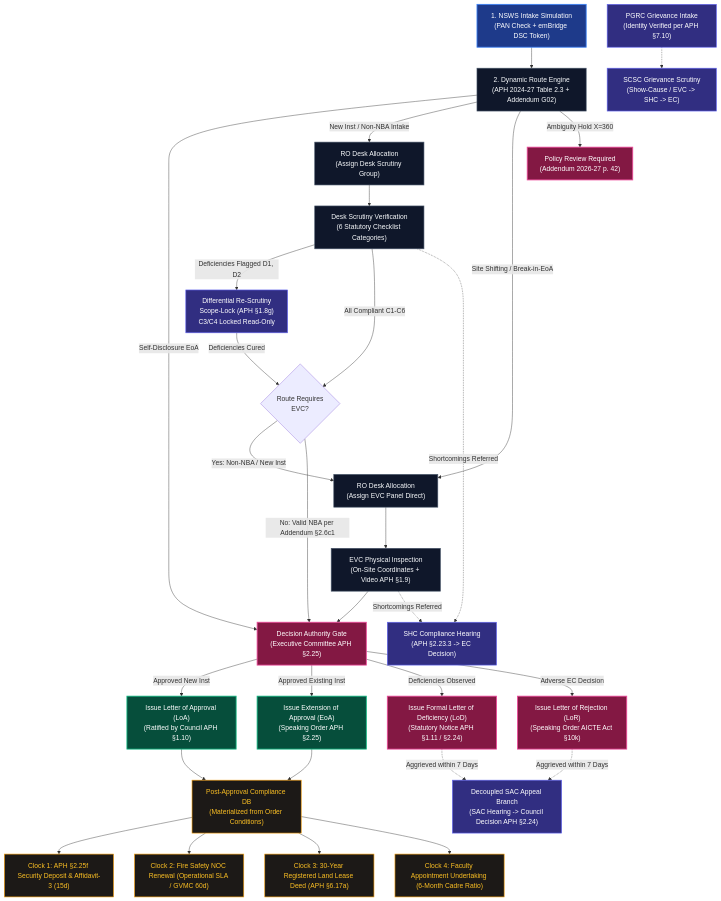
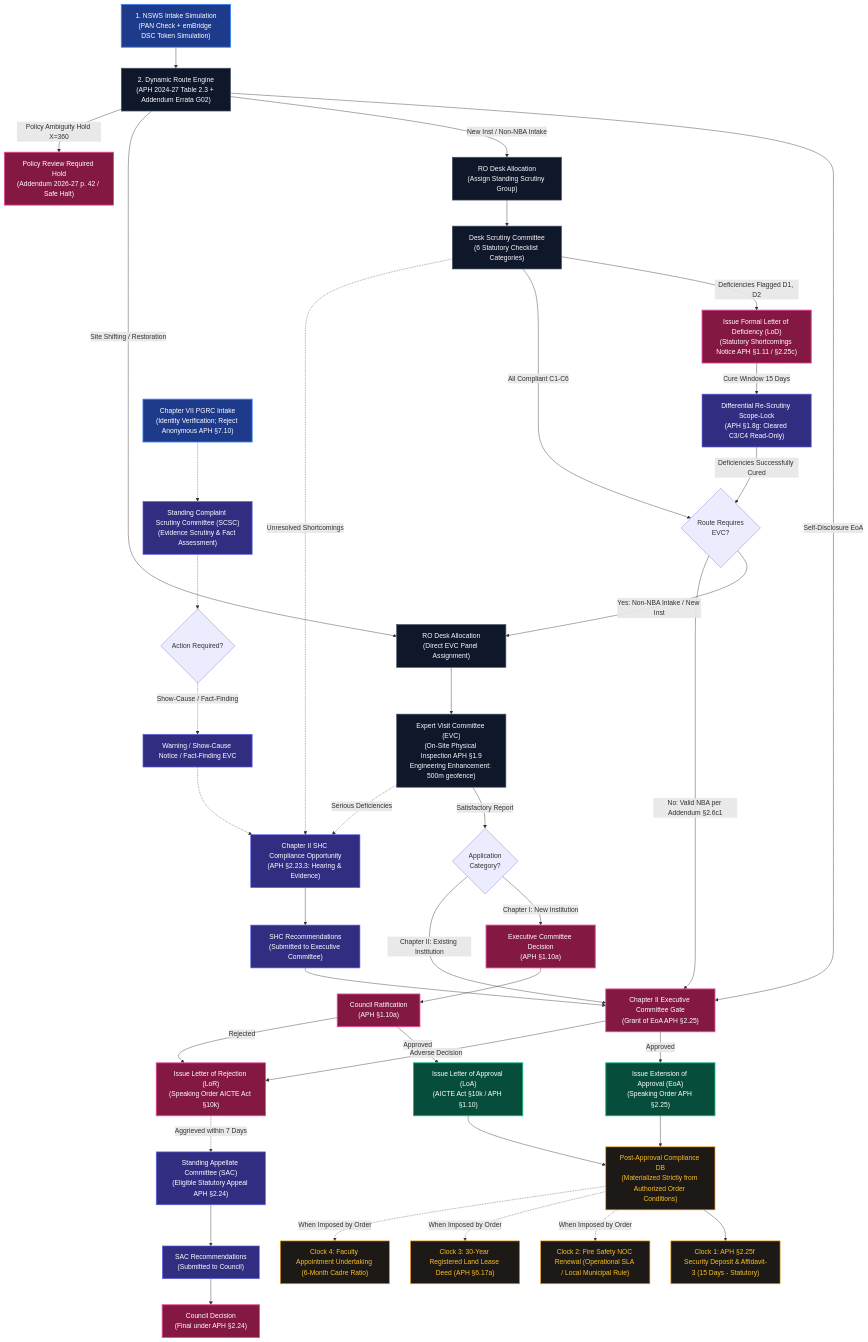
One commit to Parth-Chavan-15/SIH-2026-AICTE changed the diagram in README.md. Above: the diagram before and after it, drawn with Mermaid. The commit also changed other lines of this file and 3 other files, not shown here.

Commit message:
fix(decision-docs): enforce canonical recorded decision precondition, outcome alignment, and HMAC-SHA256 integrity verification

````diff
--- a/README.md
+++ b/README.md
@@ -35,45 +35,62 @@
 ```mermaid
 flowchart TD
     classDef startNode fill:#1e3a8a,stroke:#3b82f6,stroke-width:2px,color:#fff;
     classDef processNode fill:#0f172a,stroke:#475569,stroke-width:1.5px,color:#f8fafc;
     classDef branch fill:#312e81,stroke:#6366f1,stroke-width:1.5px,color:#fff;
     classDef decisionNode fill:#831843,stroke:#ec4899,stroke-width:2px,color:#fff;
     classDef docNode fill:#064e3b,stroke:#10b981,stroke-width:2px,color:#fff;
     classDef auditNode fill:#1c1917,stroke:#f59e0b,stroke-width:1.5px,color:#fbbf24;
 
-    A["1. NSWS Intake Simulation<br/>(PAN Check + emBridge DSC Token)"]:::startNode --> B["2. Dynamic Route Engine<br/>(APH 2024-27 Table 2.3 + Addendum G02)"]:::processNode
+    A["1. NSWS Intake Simulation<br/>(PAN Check + emBridge DSC Token Simulation)"]:::startNode --> B["2. Dynamic Route Engine<br/>(APH 2024-27 Table 2.3 + Addendum Errata G02)"]:::processNode
     
-    B -->|Self-Disclosure EoA| G["Decision Authority Gate<br/>(Executive Committee APH §2.25)"]:::decisionNode
-    B -->|New Inst / Non-NBA Intake| C["RO Desk Allocation<br/>(Assign Desk Scrutiny Group)"]:::processNode
-    B -->|Site Shifting / Break-in-EoA| E["RO Desk Allocation<br/>(Assign EVC Panel Direct)"]:::processNode
-    B -->|Ambiguity Hold X=360| BH["Policy Review Required<br/>(Addendum 2026-27 p. 42)"]:::decisionNode
+    B -->|Self-Disclosure EoA| G_EC["Chapter II Executive Committee Gate<br/>(Grant of EoA APH §2.25)"]:::decisionNode
+    B -->|New Inst / Non-NBA Intake| C["RO Desk Allocation<br/>(Assign Standing Scrutiny Group)"]:::processNode
+    B -->|Site Shifting / Restoration| E["RO Desk Allocation<br/>(Direct EVC Panel Assignment)"]:::processNode
+    B -->|Policy Ambiguity Hold X=360| BH["Policy Review Required Hold<br/>(Addendum 2026-27 p. 42 / Safe Halt)"]:::decisionNode
 
-    C --> D["Desk Scrutiny Verification<br/>(6 Statutory Checklist Categories)"]:::processNode
-    D -->|Deficiencies Flagged D1, D2| D1["Differential Re-Scrutiny<br/>Scope-Lock (APH §1.8g)<br/>C3/C4 Locked Read-Only"]:::branch
-    D1 -->|Deficiencies Cured| D2Check{"Route Requires<br/>EVC?"}
+    C --> D["Desk Scrutiny Committee<br/>(6 Statutory Checklist Categories)"]:::processNode
+    D -->|Deficiencies Flagged D1, D2| D_LOD["Issue Formal Letter of Deficiency (LoD)<br/>(Statutory Shortcomings Notice APH §1.11 / §2.25c)"]:::decisionNode
+    D_LOD -->|Cure Window 15 Days| D1["Differential Re-Scrutiny Scope-Lock<br/>(APH §1.8g: Cleared C3/C4 Read-Only)"]:::branch
+    D1 -->|Deficiencies Successfully Cured| D2Check{"Route Requires<br/>EVC?"}
     D -->|All Compliant C1-C6| D2Check
 
-    D2Check -->|Yes: Non-NBA / New Inst| E
-    D2Check -->|No: Valid NBA per Addendum §2.6c1| G
+    D2Check -->|Yes: Non-NBA Intake / New Inst| E
+    D2Check -->|No: Valid NBA per Addendum §2.6c1| G_EC
 
-    E --> F["EVC Physical Inspection<br/>(On-Site Coordinates + Video APH §1.9)"]:::processNode
-    F --> G
+    E --> F["Expert Visit Committee (EVC)<br/>(On-Site Physical Inspection APH §1.9<br/>Engineering Enhancement: 500m geofence)"]:::processNode
+    F -->|Satisfactory Report| G_ROUTE{"Application<br/>Category?"}
+    
+    G_ROUTE -->|Chapter I: New Institution| G_CH1_EC["Executive Committee Decision<br/>(APH §1.10a)"]:::decisionNode
+    G_CH1_EC --> G_CH1_COUNCIL["Council Ratification<br/>(APH §1.10a)"]:::decisionNode
+    G_CH1_COUNCIL -->|Approved| H1["Issue Letter of Approval (LoA)<br/>(AICTE Act §10k / APH §1.10)"]:::docNode
+    G_CH1_COUNCIL -->|Rejected| I2["Issue Letter of Rejection (LoR)<br/>(Speaking Order AICTE Act §10k)"]:::decisionNode
 
-    G -->|Approved New Inst| H1["Issue Letter of Approval (LoA)<br/>(Ratified by Council APH §1.10)"]:::docNode
-    G -->|Approved Existing Inst| H2["Issue Extension of Approval (EoA)<br/>(Speaking Order APH §2.25)"]:::docNode
-    G -->|Deficiencies Observed| I1["Issue Formal Letter of Deficiency (LoD)<br/>(Statutory Notice APH §1.11 / §2.24)"]:::decisionNode
-    G -->|Adverse EC Decision| I2["Issue Letter of Rejection (LoR)<br/>(Speaking Order AICTE Act §10k)"]:::decisionNode
+    G_ROUTE -->|Chapter II: Existing Institution| G_EC
+    G_EC -->|Approved| H2["Issue Extension of Approval (EoA)<br/>(Speaking Order APH §2.25)"]:::docNode
+    G_EC -->|Adverse Decision| I2
 
-    I1 -.->|Aggrieved within 7 Days| J["Decoupled SAC Appeal Branch<br/>(SAC Hearing -> Council Decision APH §2.24)"]:::branch
-    I2 -.->|Aggrieved within 7 Days| J
-    D -.->|Shortcomings Referred| K["SHC Compliance Hearing<br/>(APH §2.23.3 -> EC Decision)"]:::branch
-    F -.->|Shortcomings Referred| K
-    L["PGRC Grievance Intake<br/>(Identity Verified per APH §7.10)"]:::branch -.-> M["SCSC Grievance Scrutiny<br/>(Show-Cause / EVC -> SHC -> EC)"]:::branch
+    %% Decoupled Chapter II SHC Shortcomings Branch
+    D -.->|Unresolved Shortcomings| SHC_COMP["Chapter II SHC Compliance Opportunity<br/>(APH §2.23.3: Hearing & Evidence)"]:::branch
+    F -.->|Serious Deficiencies| SHC_COMP
+    SHC_COMP --> SHC_REC["SHC Recommendations<br/>(Submitted to Executive Committee)"]:::branch
+    SHC_REC --> G_EC
 
-    H1 --> N["Post-Approval Compliance DB<br/>(Materialized from Order Conditions)"]:::auditNode
+    %% Decoupled Chapter II SAC Appellate Branch
+    I2 -.->|Aggrieved within 7 Days| SAC_APP["Standing Appellate Committee (SAC)<br/>(Eligible Statutory Appeal APH §2.24)"]:::branch
+    SAC_APP --> SAC_REC["SAC Recommendations<br/>(Submitted to Council)"]:::branch
+    SAC_REC --> SAC_FINAL["Council Decision<br/>(Final under APH §2.24)"]:::decisionNode
+
+    %% Decoupled Chapter VII Grievance & Complaint Branch
+    PGRC["Chapter VII PGRC Intake<br/>(Identity Verification; Reject Anonymous APH §7.10)"]:::startNode -.-> SCSC["Standing Complaint Scrutiny Committee (SCSC)<br/>(Evidence Scrutiny & Fact Assessment)"]:::branch
+    SCSC -.-> SCSC_ACT{"Action Required?"}
+    SCSC_ACT -.->|Show-Cause / Fact-Finding| SCSC_EVC["Warning / Show-Cause Notice / Fact-Finding EVC"]:::branch
+    SCSC_EVC -.-> SHC_COMP
+
+    %% Post-Approval Compliance Materialization
+    H1 --> N["Post-Approval Compliance DB<br/>(Materialized Strictly from Authorized Order Conditions)"]:::auditNode
     H2 --> N
-    N --> N1["Clock 1: APH §2.25f Security Deposit & Affidavit-3 (15d)"]:::auditNode
-    N --> N2["Clock 2: Fire Safety NOC Renewal (Operational SLA / GVMC 60d)"]:::auditNode
-    N --> N3["Clock 3: 30-Year Registered Land Lease Deed (APH §6.17a)"]:::auditNode
-    N --> N4["Clock 4: Faculty Appointment Undertaking (6-Month Cadre Ratio)"]:::auditNode
+    N --> N1["Clock 1: APH §2.25f Security Deposit & Affidavit-3 (15 Days - Statutory)"]:::auditNode
+    N -.->|When Imposed by Order| N2["Clock 2: Fire Safety NOC Renewal (Operational SLA / Local Municipal Rule)"]:::auditNode
+    N -.->|When Imposed by Order| N3["Clock 3: 30-Year Registered Land Lease Deed (APH §6.17a)"]:::auditNode
+    N -.->|When Imposed by Order| N4["Clock 4: Faculty Appointment Undertaking (6-Month Cadre Ratio)"]:::auditNode
 ```
````
